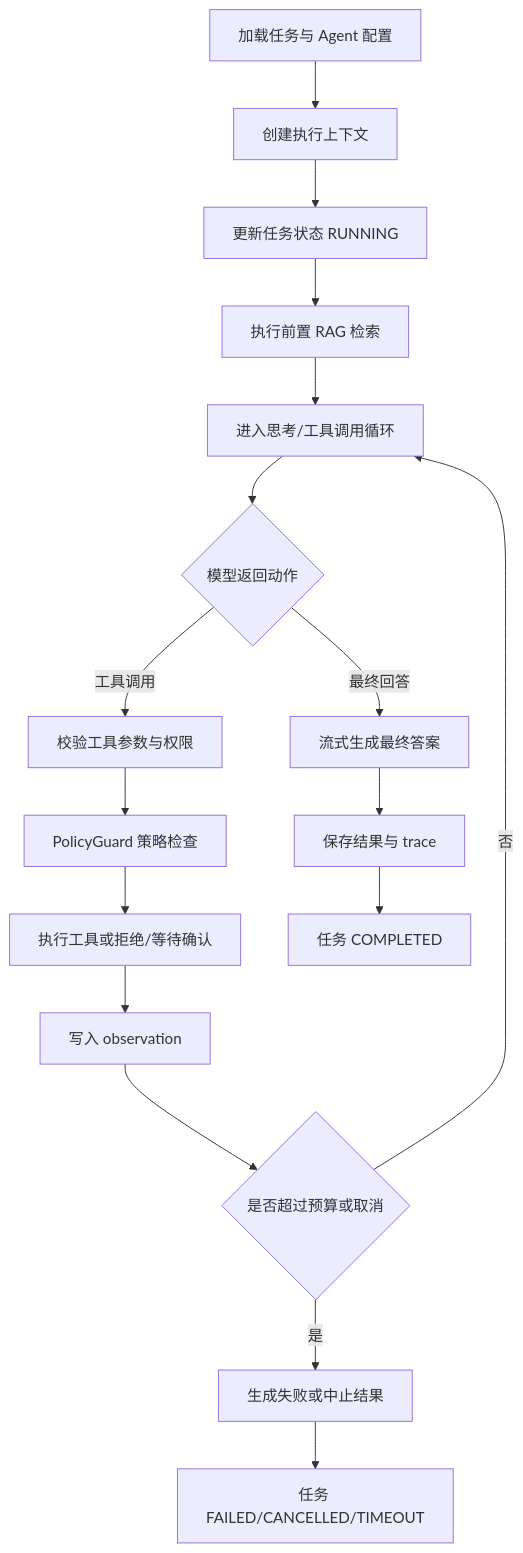
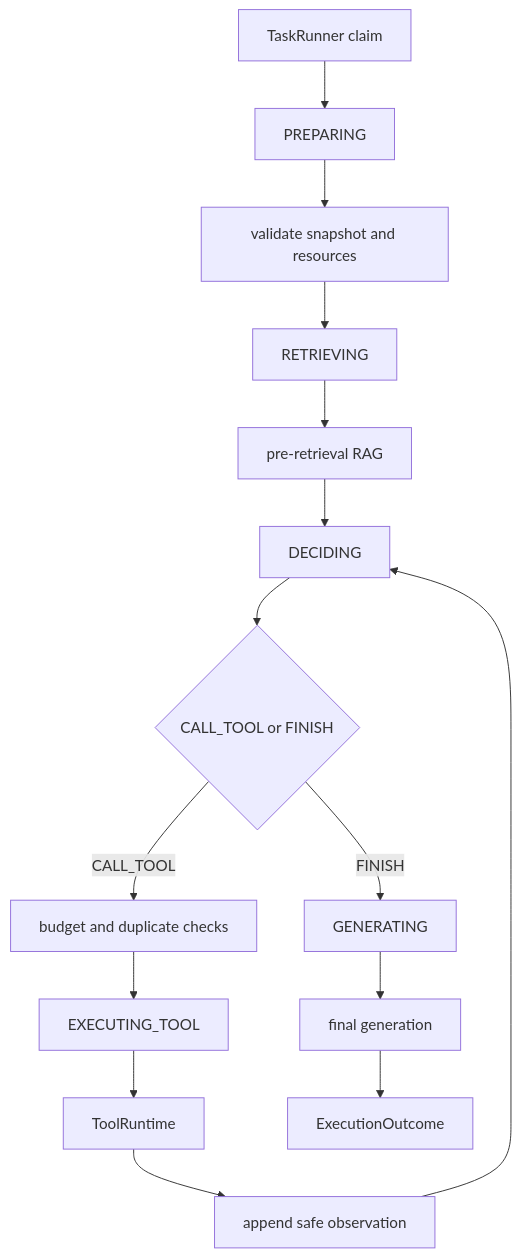
One commit to Xavi-L/AgentFlow-Hub changed the second of 2 diagrams in spec-docs/agentflow-hub-agent-engine-design.md. Above: the diagram before and after it, drawn with Mermaid. The commit also changed other lines of this file and 10 other files, not shown here.

Commit message:
docs: align V0.1 architecture contracts

````diff
--- a/spec-docs/agentflow-hub-agent-engine-design.md
+++ b/spec-docs/agentflow-hub-agent-engine-design.md
@@ -319,19 +334,17 @@
 ```mermaid
 flowchart TD
-    A["加载任务与 Agent 配置"] --> B["创建执行上下文"]
-    B --> C["更新任务状态 RUNNING"]
-    C --> D["执行前置 RAG 检索"]
-    D --> E["进入思考/工具调用循环"]
-    E --> F{"模型返回动作"}
-    F -->|工具调用| G["校验工具参数与权限"]
-    G --> PG["PolicyGuard 策略检查"]
-    PG --> H["执行工具或拒绝/等待确认"]
-    H --> I["写入 observation"]
-    I --> J{"是否超过预算或取消"}
-    J -->|否| E
-    J -->|是| K["生成失败或中止结果"]
-    F -->|最终回答| L["流式生成最终答案"]
-    L --> M["保存结果与 trace"]
-    M --> N["任务 COMPLETED"]
-    K --> O["任务 FAILED/CANCELLED/TIMEOUT"]
+    A[TaskRunner claim] --> B[PREPARING]
+    B --> C[validate snapshot and resources]
+    C --> D[RETRIEVING]
+    D --> E[pre-retrieval RAG]
+    E --> F[DECIDING]
+    F --> G{CALL_TOOL or FINISH}
+    G -->|CALL_TOOL| H[budget and duplicate checks]
+    H --> I[EXECUTING_TOOL]
+    I --> J[ToolRuntime]
+    J --> K[append safe observation]
+    K --> F
+    G -->|FINISH| L[GENERATING]
+    L --> M[final generation]
+    M --> N[ExecutionOutcome]
 ```
````
